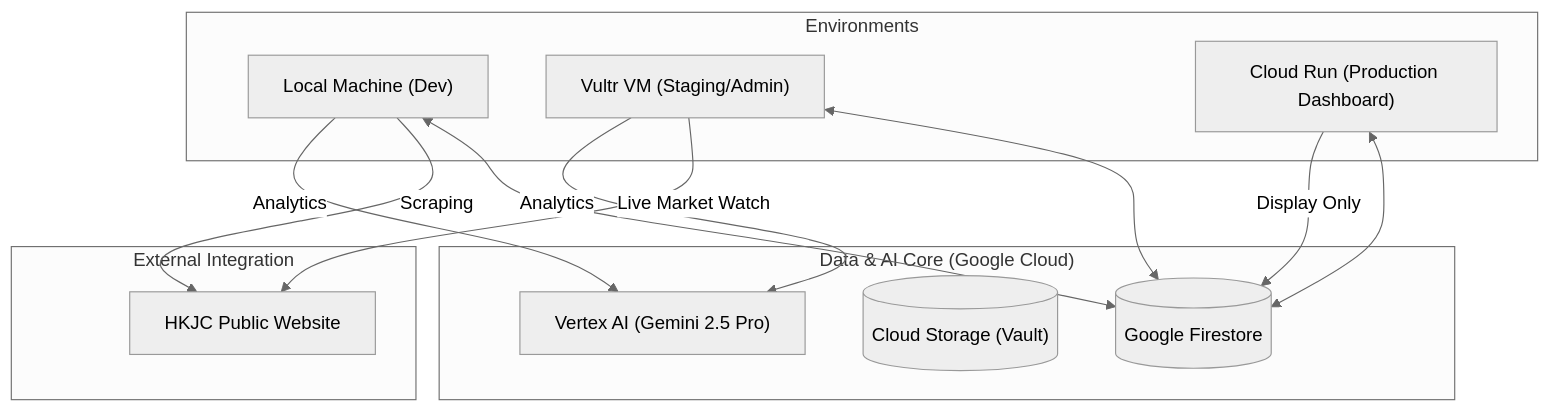
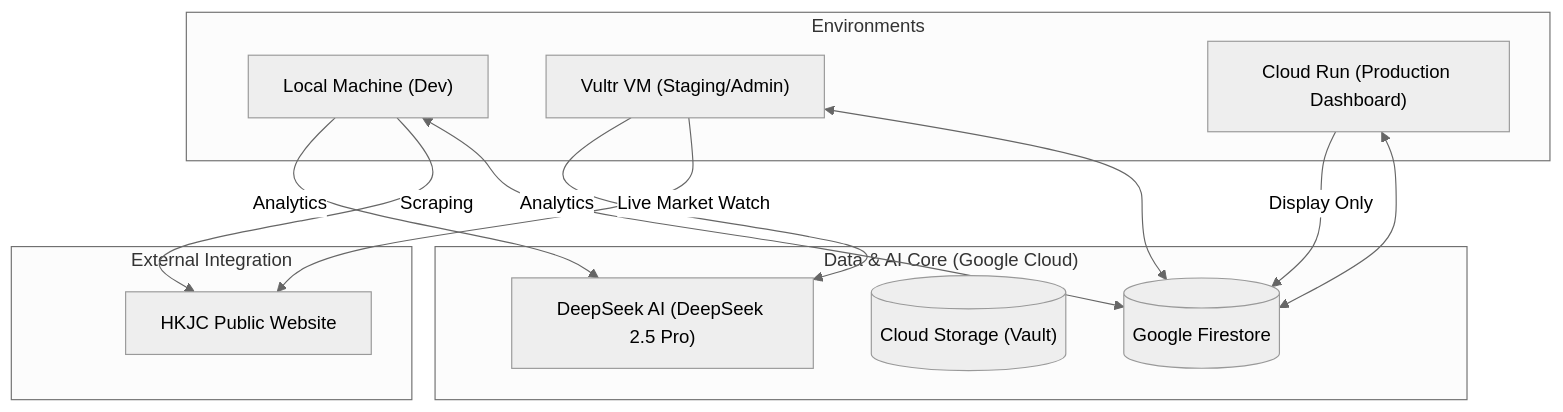
The first of 2 diagrams in docs/architecture.md (wallaceclwong/hkjc-v2), drawn with Mermaid (neutral theme) before and after one commit. The commit also changed other lines of this file and 38 other files, not shown here.

First line of the commit message:
chore: purge all Vertex AI / Gemini code from VM

````diff
--- a/docs/architecture.md
+++ b/docs/architecture.md
@@ -9,29 +9,29 @@
 ```mermaid
 graph TD
     subgraph "Environments"
         Local["Local Machine (Dev)"]
         VM["Vultr VM (Staging/Admin)"]
         CR["Cloud Run (Production Dashboard)"]
     end
 
     subgraph "Data & AI Core (Google Cloud)"
         FS[("Google Firestore")]
         GCS[("Cloud Storage (Vault)")]
-        Vertex["Vertex AI (Gemini 2.5 Pro)"]
+        Vertex["DeepSeek AI (DeepSeek 2.5 Pro)"]
     end
 
     subgraph "External Integration"
         HKJC["HKJC Public Website"]
     end
 
     Local <--> FS
     VM <--> FS
     CR <--> FS
     
     Local -- "Scraping" --> HKJC
     VM -- "Live Market Watch" --> HKJC
     
     Local -- "Analytics" --> Vertex
     VM -- "Analytics" --> Vertex
     CR -- "Display Only" --> FS
 ```
````
